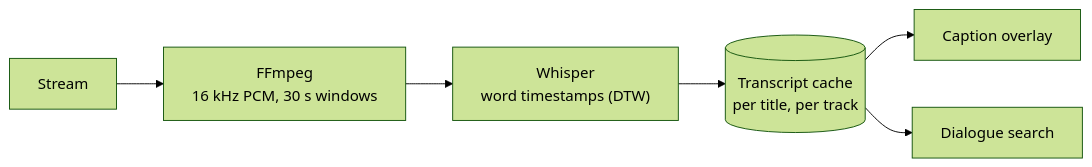
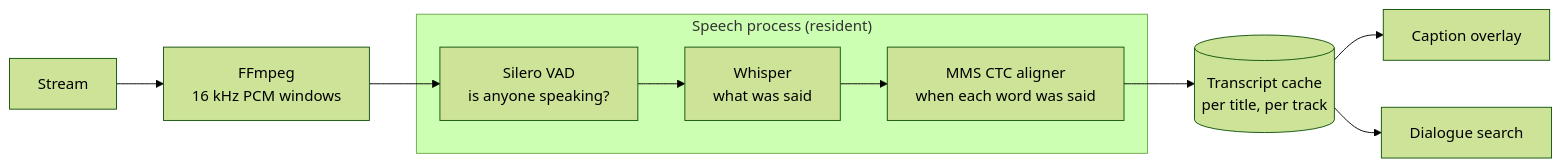
One commit to YoussefSah05/nova changed the first of 2 diagrams in docs/features/intelligence.md. Above: the diagram before and after it, drawn with Mermaid (forest theme). The commit also changed other lines of this file and 11 other files, not shown here.

````diff
--- a/docs/features/intelligence.md
+++ b/docs/features/intelligence.md
@@ -22,8 +29,12 @@
 ```mermaid
 flowchart LR
-    Stream["Stream"] --> FF["FFmpeg<br/>16 kHz PCM, 30 s windows"]
-    FF --> W["Whisper<br/>word timestamps (DTW)"]
-    W --> Cache[("Transcript cache<br/>per title, per track")]
+    Stream["Stream"] --> FF["FFmpeg<br/>16 kHz PCM windows"]
+    subgraph Worker["Speech process (resident)"]
+        VAD["Silero VAD<br/>is anyone speaking?"] --> W["Whisper<br/>what was said"]
+        W --> CTC["MMS CTC aligner<br/>when each word was said"]
+    end
+    FF --> VAD
+    CTC --> Cache[("Transcript cache<br/>per title, per track")]
     Cache --> Overlay["Caption overlay"]
     Cache --> Search["Dialogue search"]
 ```
````
